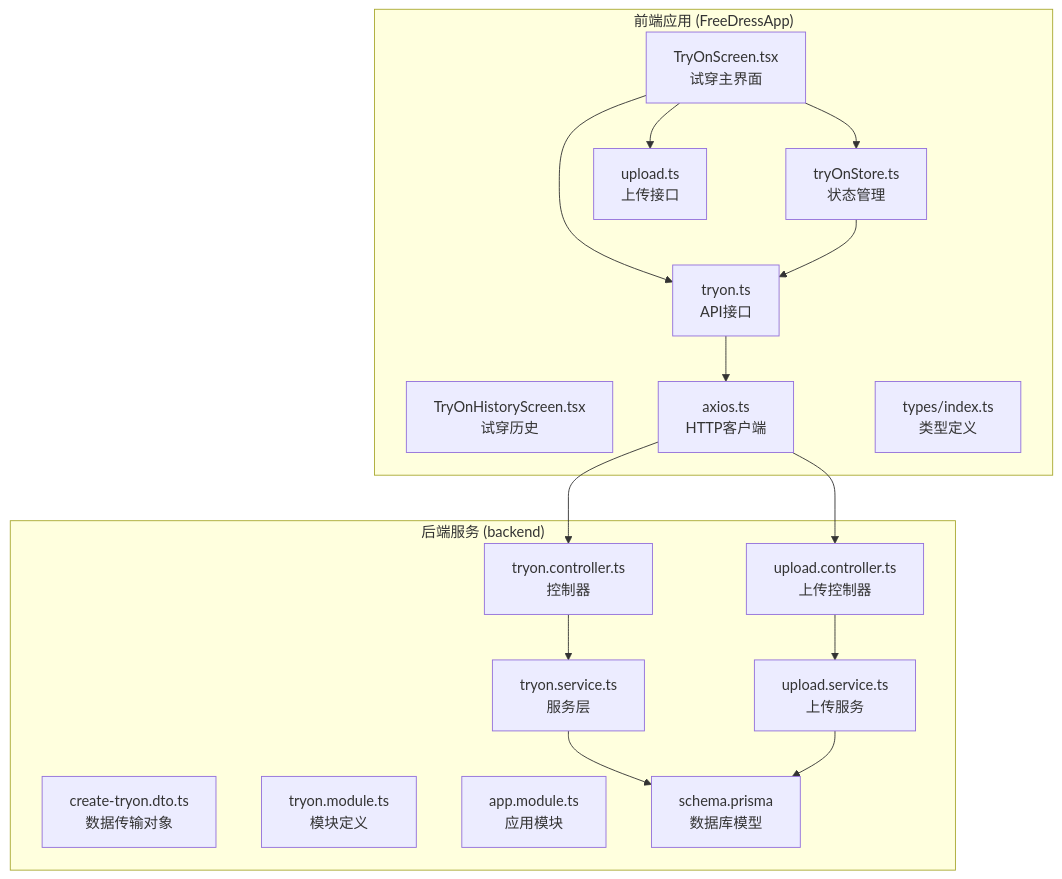
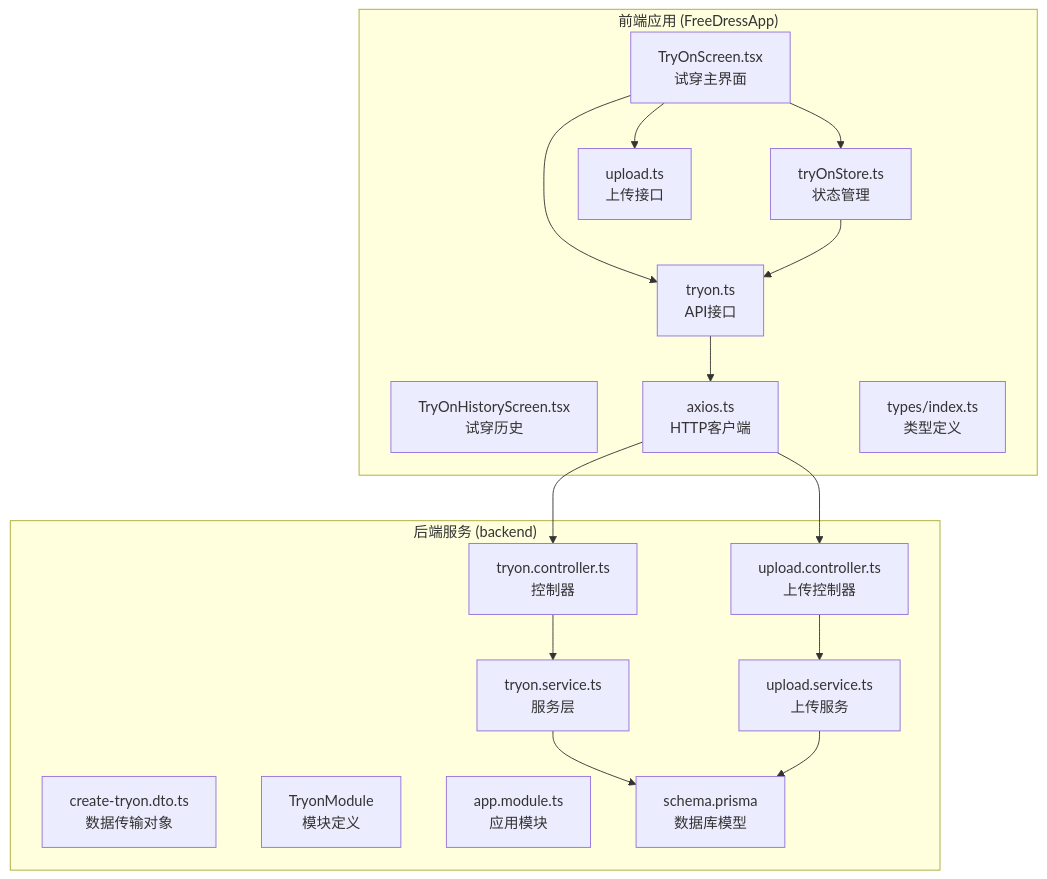
The first of 11 diagrams in .qoder/repowiki/zh/content/后端开发指南/核心模块详解/AI试穿模块.md (lsqwawa/free-dress), drawn with Mermaid before and after one commit. The commit also changed other lines of this file and 74 other files, not shown here.

````diff
--- a/.qoder/repowiki/zh/content/后端开发指南/核心模块详解/AI试穿模块.md
+++ b/.qoder/repowiki/zh/content/后端开发指南/核心模块详解/AI试穿模块.md
@@ -50,33 +60,33 @@
 ```mermaid
 graph TB
 subgraph "前端应用 (FreeDressApp)"
 TS[TryOnScreen.tsx<br/>试穿主界面]
 THS[TryOnHistoryScreen.tsx<br/>试穿历史]
 TOS[tryOnStore.ts<br/>状态管理]
 TA[tryon.ts<br/>API接口]
 TU[upload.ts<br/>上传接口]
 AX[axios.ts<br/>HTTP客户端]
 TY[types/index.ts<br/>类型定义]
 end
 subgraph "后端服务 (backend)"
 TC[tryon.controller.ts<br/>控制器]
 TSVC[tryon.service.ts<br/>服务层]
 TDTO[create-tryon.dto.ts<br/>数据传输对象]
-TM[tryon.module.ts<br/>模块定义]
+TM[TryonModule<br/>模块定义]
 UC[upload.controller.ts<br/>上传控制器]
 US[upload.service.ts<br/>上传服务]
 AM[app.module.ts<br/>应用模块]
 PRISMA[schema.prisma<br/>数据库模型]
 end
 TS --> TOS
 TS --> TA
 TS --> TU
 TOS --> TA
 TA --> AX
 AX --> TC
 AX --> UC
 TC --> TSVC
 UC --> US
 TSVC --> PRISMA
 US --> PRISMA
 ```
````
